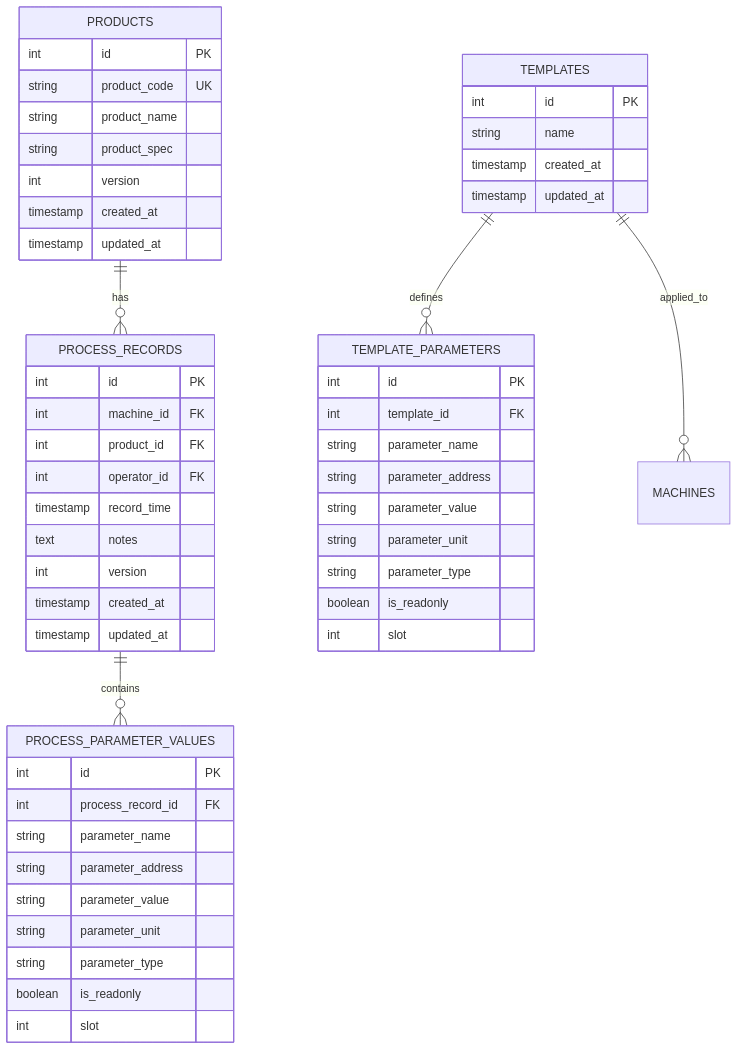
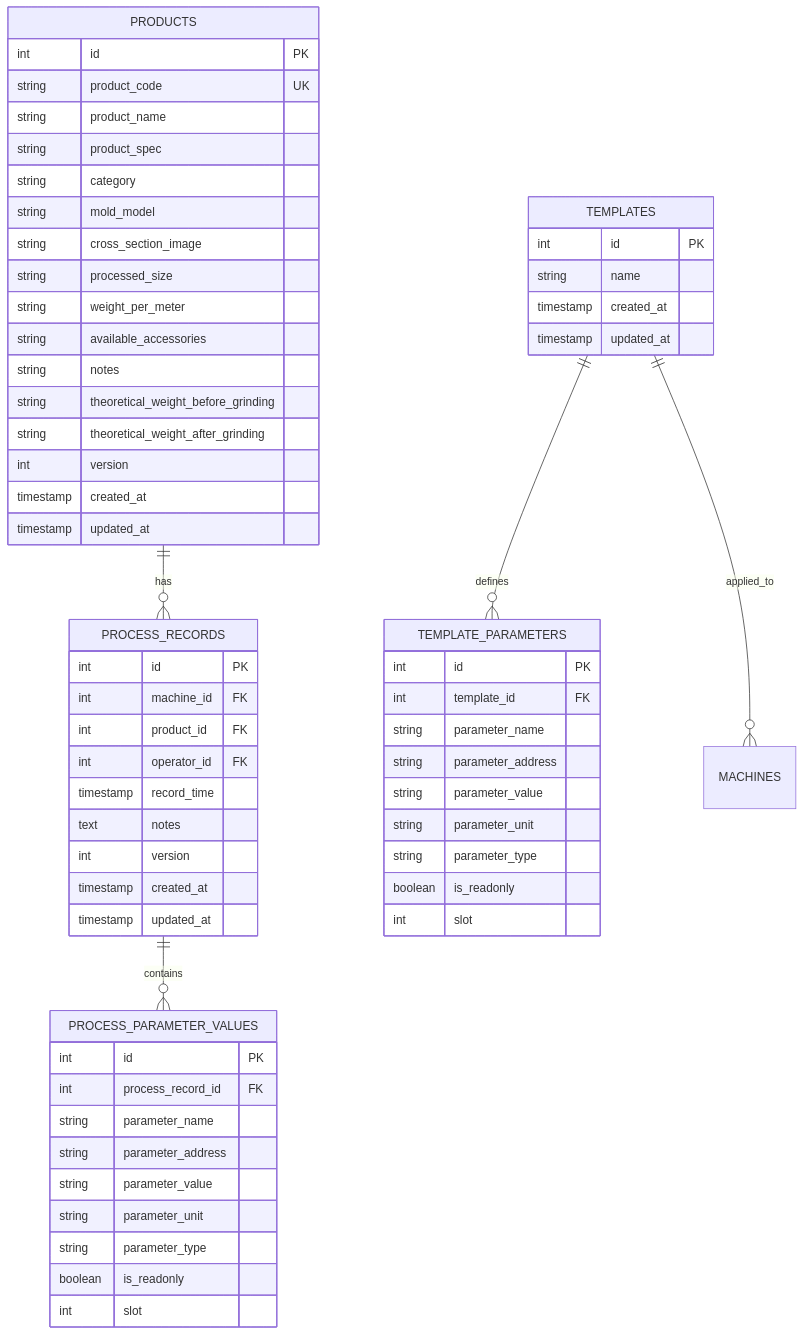
One commit to pcb0y/plctodb changed the second of 9 diagrams in .qoder/repowiki/zh/content/后端开发/API路由模块/产品管理路由.md. Above: the diagram before and after it, drawn with Mermaid. The commit also changed other lines of this file and 9 other files, not shown here.

````diff
--- a/.qoder/repowiki/zh/content/后端开发/API路由模块/产品管理路由.md
+++ b/.qoder/repowiki/zh/content/后端开发/API路由模块/产品管理路由.md
@@ -98,55 +110,64 @@
 ```mermaid
 erDiagram
 PRODUCTS {
 int id PK
 string product_code UK
 string product_name
 string product_spec
+string category
+string mold_model
+string cross_section_image
+string processed_size
+string weight_per_meter
+string available_accessories
+string notes
+string theoretical_weight_before_grinding
+string theoretical_weight_after_grinding
 int version
 timestamp created_at
 timestamp updated_at
 }
 PROCESS_RECORDS {
 int id PK
 int machine_id FK
 int product_id FK
 int operator_id FK
 timestamp record_time
 text notes
 int version
 timestamp created_at
 timestamp updated_at
 }
 PROCESS_PARAMETER_VALUES {
 int id PK
 int process_record_id FK
 string parameter_name
 string parameter_address
 string parameter_value
 string parameter_unit
 string parameter_type
 boolean is_readonly
 int slot
 }
 TEMPLATES {
 int id PK
 string name
 timestamp created_at
 timestamp updated_at
 }
 TEMPLATE_PARAMETERS {
 int id PK
 int template_id FK
 string parameter_name
 string parameter_address
 string parameter_value
 string parameter_unit
 string parameter_type
 boolean is_readonly
 int slot
 }
 PRODUCTS ||--o{ PROCESS_RECORDS : "has"
 PROCESS_RECORDS ||--o{ PROCESS_PARAMETER_VALUES : "contains"
 TEMPLATES ||--o{ TEMPLATE_PARAMETERS : "defines"
 TEMPLATES ||--o{ MACHINES : "applied_to"
 ```
````
